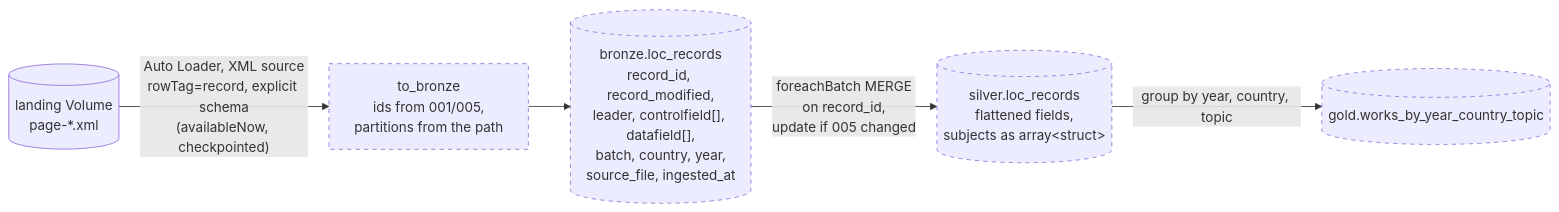
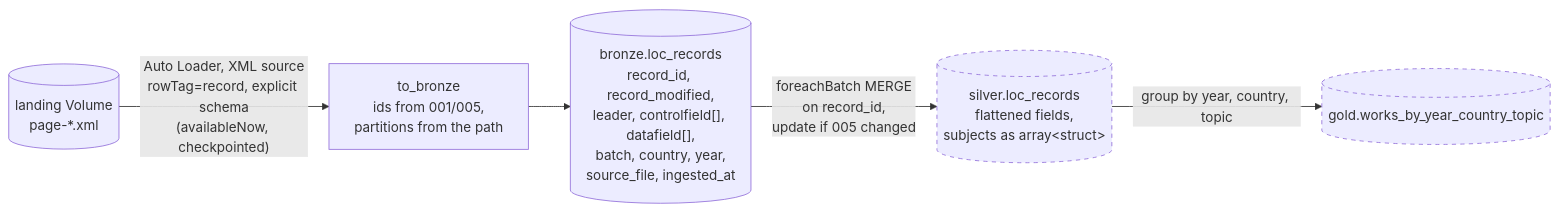
The fifth of 5 diagrams in docs/04-architecture.md (lawttaro-dev/databricks-lakehouse), drawn with Mermaid before and after one commit. The commit also changed other lines of this file and 1 other file, not shown here.

````diff
--- a/docs/04-architecture.md
+++ b/docs/04-architecture.md
@@ -211,10 +211,10 @@
 ```mermaid
 flowchart LR
     V[("landing Volume<br/>page-*.xml")] -->|"Auto Loader, XML source<br/>rowTag=record, explicit schema<br/>(availableNow, checkpointed)"| P["to_bronze<br/>ids from 001/005,<br/>partitions from the path"]
     P --> B[("bronze.loc_records<br/>record_id, record_modified,<br/>leader, controlfield[], datafield[],<br/>batch, country, year,<br/>source_file, ingested_at")]
     B -->|"foreachBatch MERGE<br/>on record_id,<br/>update if 005 changed"| S[("silver.loc_records<br/>flattened fields,<br/>subjects as array#lt;struct#gt;")]
     S -->|"group by year, country, topic"| G[("gold.works_by_year_country_topic")]
 
     classDef planned stroke-dasharray: 5 5
-    class P,B,S,G planned
+    class S,G planned
 ```
````
